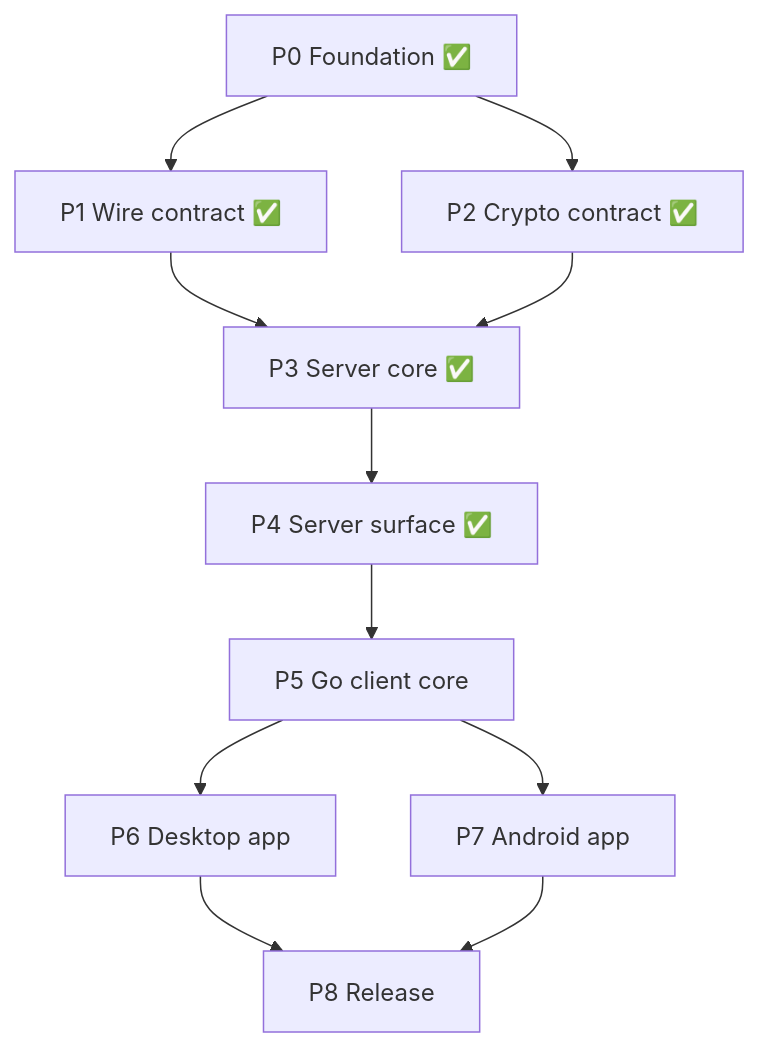
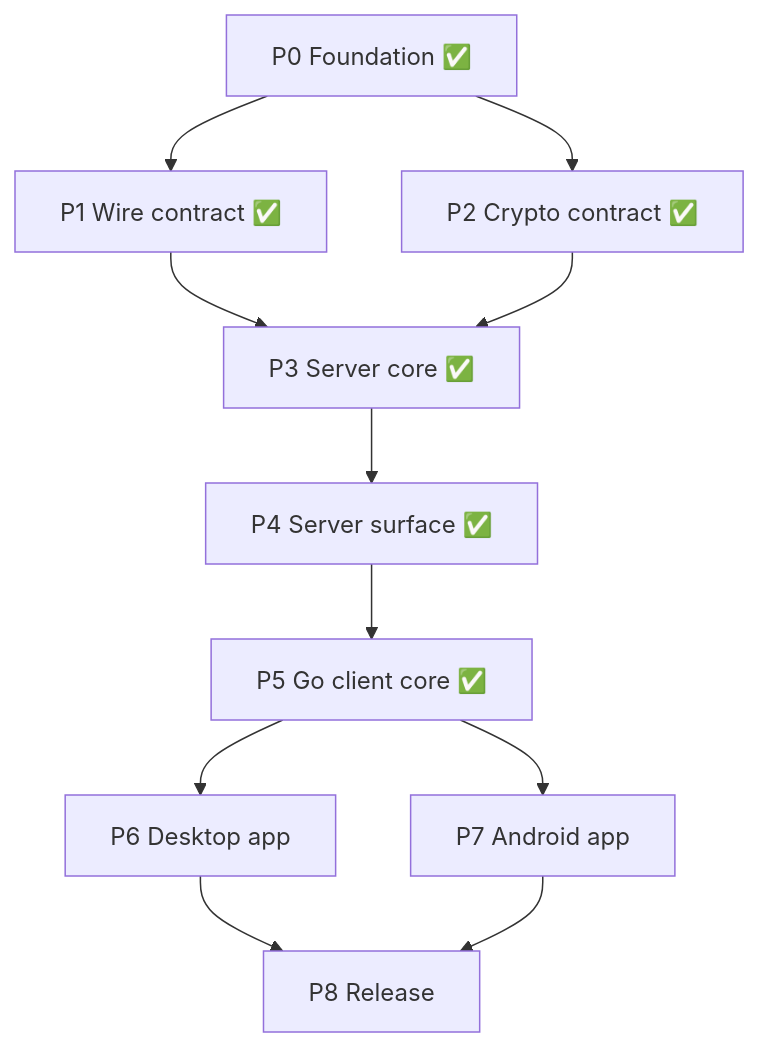
The diagram in docs/ROADMAP.md (Mark7888/two-place-paste), drawn with Mermaid before and after one commit. The commit also changed other lines of this file and 23 other files, not shown here.

First line of the commit message:
[P5] Go client core: crypto, key storage, transport and flows

````diff
--- a/docs/ROADMAP.md
+++ b/docs/ROADMAP.md
@@ -127,13 +127,13 @@
 ```mermaid
 graph TD
     P0["P0 Foundation ✅"] --> P1["P1 Wire contract ✅"]
     P0 --> P2["P2 Crypto contract ✅"]
     P1 --> P3["P3 Server core ✅"]
     P2 --> P3
     P3 --> P4["P4 Server surface ✅"]
-    P4 --> P5["P5 Go client core"]
+    P4 --> P5["P5 Go client core ✅"]
     P5 --> P6["P6 Desktop app"]
     P5 --> P7["P7 Android app"]
     P6 --> P8["P8 Release"]
     P7 --> P8
 ```
````
